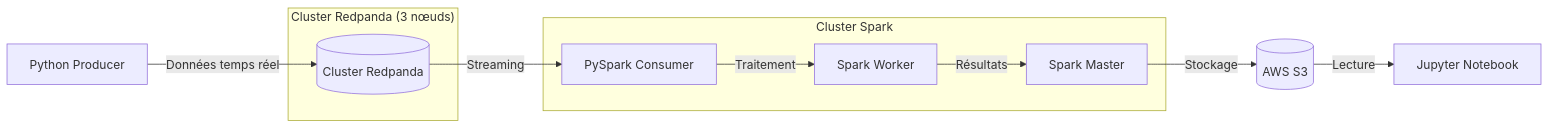
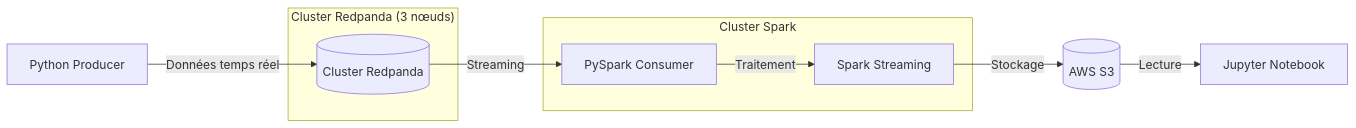
The diagram in README.md (yanggautier/Stream_process_pipeline), drawn with Mermaid before and after one commit.

````diff
--- a/README.md
+++ b/README.md
@@ -19,17 +19,16 @@
 ```mermaid
 flowchart LR
     P[Python Producer] -->|Données temps réel| R[(Cluster Redpanda)]
     subgraph Redpanda["Cluster Redpanda (3 nœuds)"]
         R
     end
     
     R -->|Streaming| S[PySpark Consumer]
     
     subgraph Spark["Cluster Spark"]
-        S -->|Traitement| SP[Spark Worker]
-        SP -->|Résultats| SS[Spark Master]
+        S -->|Traitement| SP[Spark Streaming]
     end
     
-    SS -->|Stockage| AWS[(AWS S3)]
+    SP -->|Stockage| AWS[(AWS S3)]
     AWS -->|Lecture| J[Jupyter Notebook]
 ```
````
